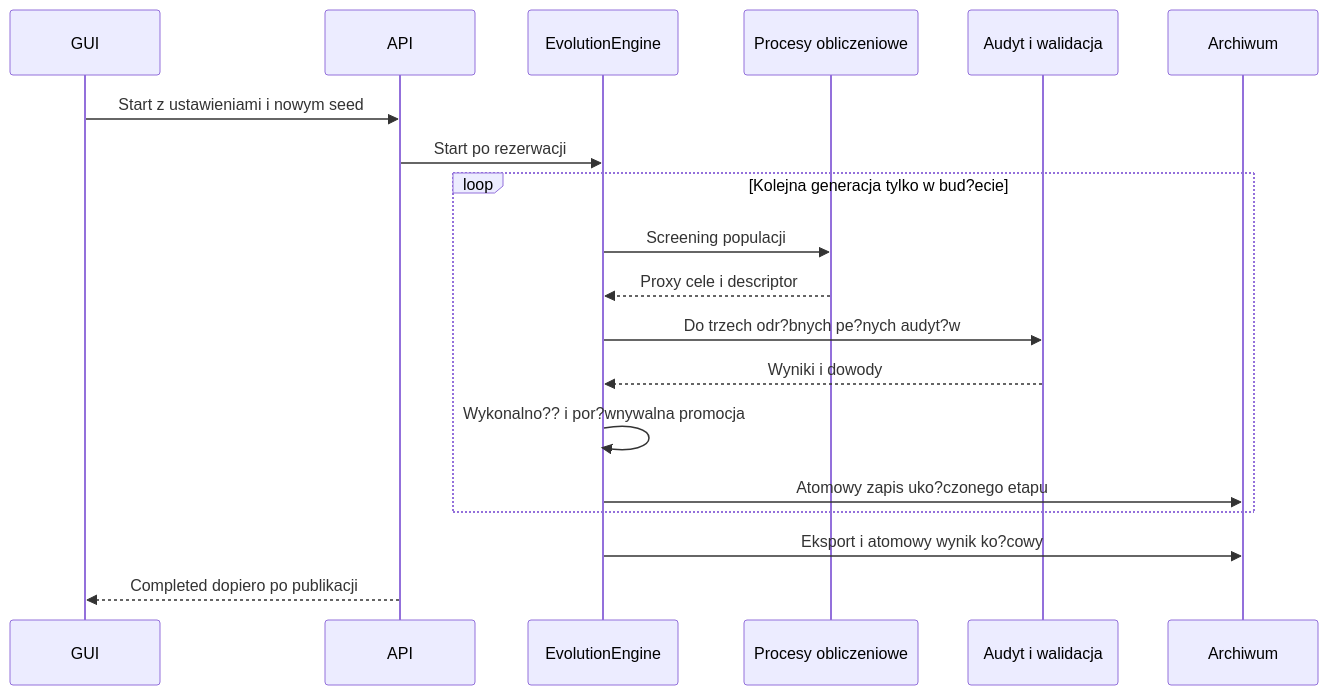
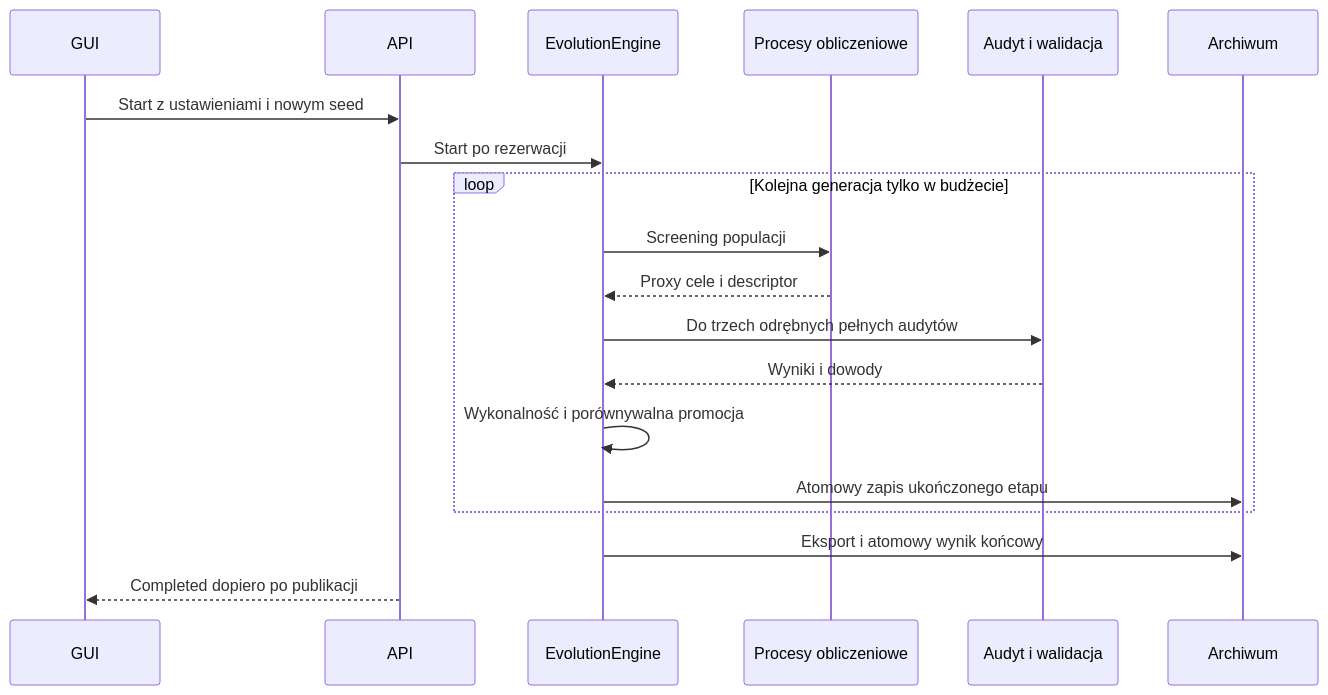
One commit to Fiooodooor/NeuroSkin changed the second of 4 diagrams in docs/ARCHITECTURE.md. Above: the diagram before and after it, drawn with Mermaid. The commit also changed other lines of this file and 4 other files, not shown here.

````diff
--- a/docs/ARCHITECTURE.md
+++ b/docs/ARCHITECTURE.md
@@ -39,21 +40,21 @@
 ```mermaid
 sequenceDiagram
   participant GUI
   participant API
   participant E as EvolutionEngine
   participant W as Procesy obliczeniowe
   participant A as Audyt i walidacja
   participant F as Archiwum
   GUI->>API: Start z ustawieniami i nowym seed
   API->>E: Start po rezerwacji
-  loop Kolejna generacja tylko w bud?ecie
+  loop Kolejna generacja tylko w budżecie
     E->>W: Screening populacji
     W-->>E: Proxy cele i descriptor
-    E->>A: Do trzech odr?bnych pe?nych audyt?w
+    E->>A: Do trzech odrębnych pełnych audytów
     A-->>E: Wyniki i dowody
-    E->>E: Wykonalno?? i por?wnywalna promocja
-    E->>F: Atomowy zapis uko?czonego etapu
+    E->>E: Wykonalność i porównywalna promocja
+    E->>F: Atomowy zapis ukończonego etapu
   end
-  E->>F: Eksport i atomowy wynik ko?cowy
+  E->>F: Eksport i atomowy wynik końcowy
   API-->>GUI: Completed dopiero po publikacji
 ```
````
